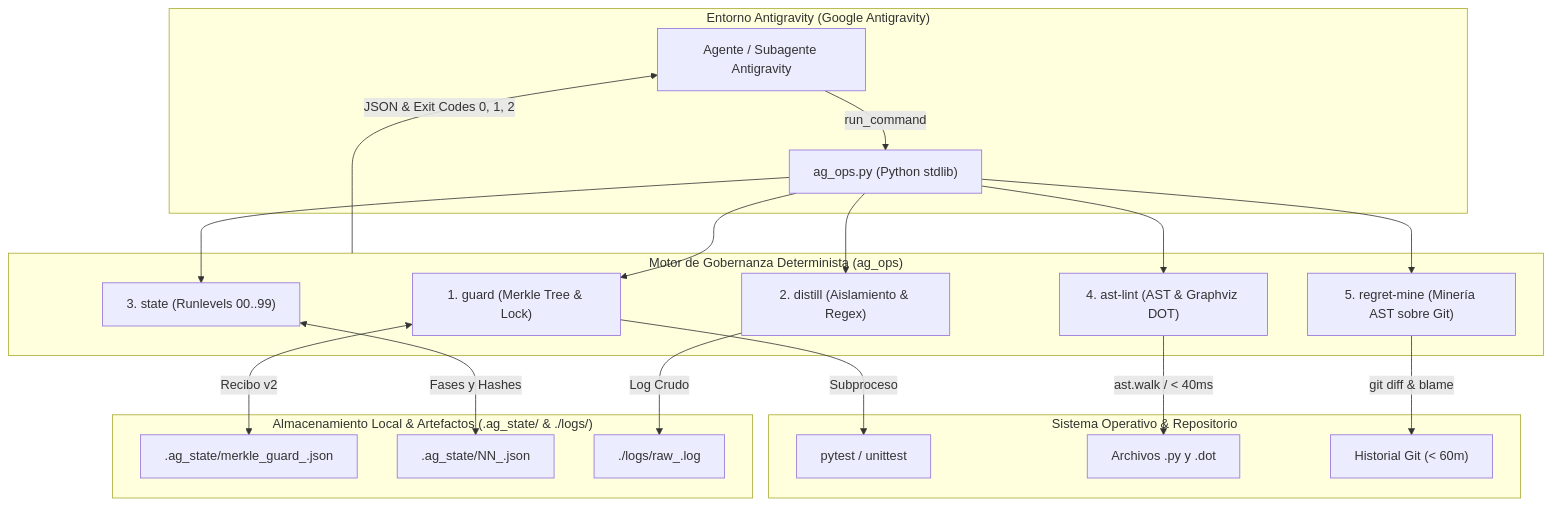
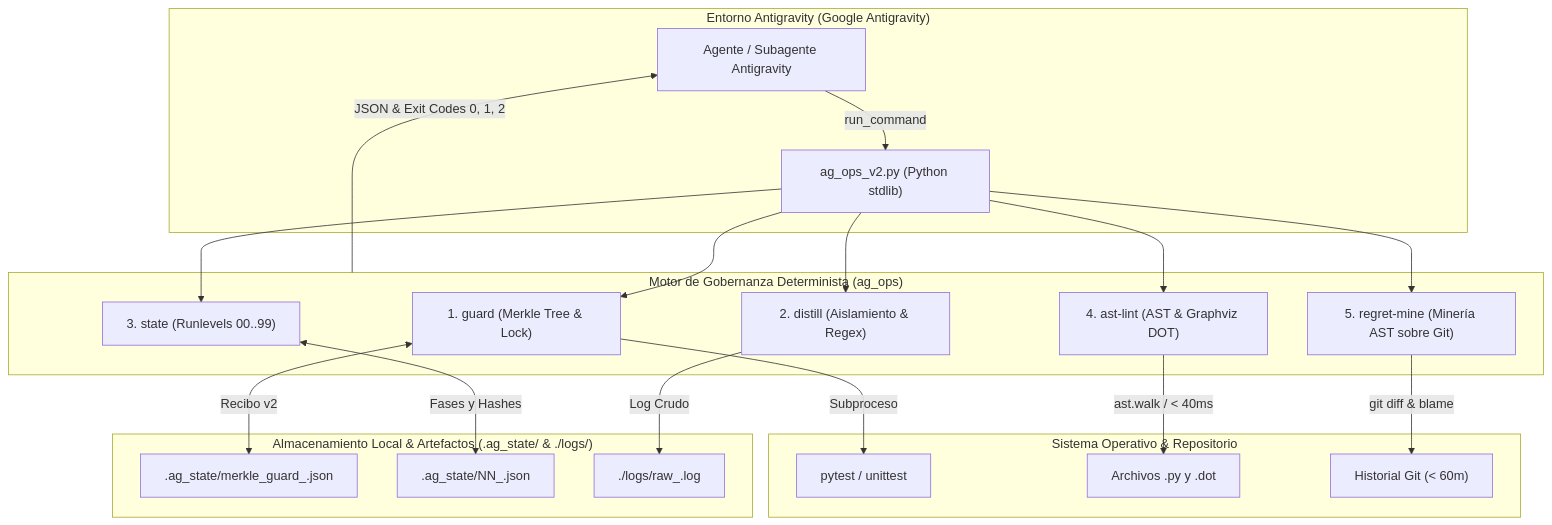
One commit to FranciscoGrandon/ag-ops changed the diagram in README.md. Above: the diagram before and after it, drawn with Mermaid. The commit also changed other lines of this file and 18 other files, not shown here.

````diff
--- a/README.md
+++ b/README.md
@@ -20,28 +20,28 @@
 ```mermaid
 flowchart TD
     subgraph AGY["Entorno Antigravity (Google Antigravity)"]
-        Agent["Agente / Subagente Antigravity"] -->|run_command| CLI["ag_ops.py (Python stdlib)"]
+        Agent["Agente / Subagente Antigravity"] -->|run_command| CLI["ag_ops_v2.py (Python stdlib)"]
     end
 
     subgraph Core["Motor de Gobernanza Determinista (ag_ops)"]
         CLI --> Guard["1. guard (Merkle Tree & Lock)"]
         CLI --> Distill["2. distill (Aislamiento & Regex)"]
         CLI --> State["3. state (Runlevels 00..99)"]
         CLI --> Lint["4. ast-lint (AST & Graphviz DOT)"]
         CLI --> Mine["5. regret-mine (Minería AST sobre Git)"]
     end
 
     subgraph Storage["Almacenamiento Local & Artefactos (.ag_state/ & ./logs/)"]
         Guard <-->|Recibo v2| Receipts[".ag_state/merkle_guard_<hash[:12]>.json"]
         State <-->|Fases y Hashes| StateFiles[".ag_state/NN_<slug>.json"]
         Distill -->|Log Crudo| RawLog["./logs/raw_<timestamp>.log"]
     end
 
     subgraph OS["Sistema Operativo & Repositorio"]
         Guard -->|Subproceso| TestRunner["pytest / unittest"]
         Lint -->|ast.walk / < 40ms| Codebase["Archivos .py y .dot"]
         Mine -->|git diff & blame| GitHistory["Historial Git (< 60m)"]
     end
 
     Core -->|JSON & Exit Codes 0, 1, 2| Agent
 ```
````
